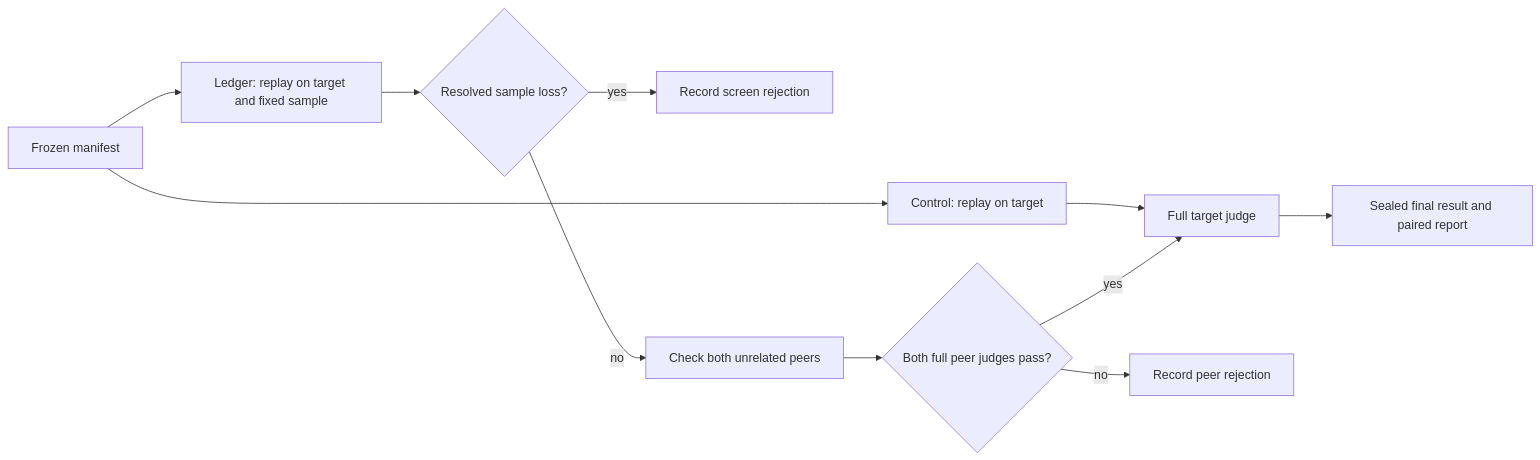
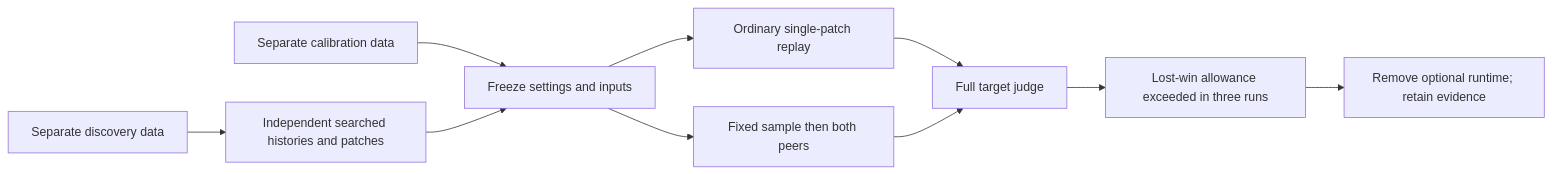
Before and after one commit to stSoftwareAU/NEAT-AI-Rebase: the diagram in docs/ledger-experiment.md, drawn with Mermaid. The commit also changed other lines of this file and 16 other files, not shown here.

````diff
--- a/docs/ledger-experiment.md
+++ b/docs/ledger-experiment.md
@@ -144,13 +37,12 @@
 ```mermaid
 flowchart LR
-    M[Frozen manifest] --> C[Control: replay on target]
-    M --> S[Ledger: replay on target and fixed sample]
-    C --> J[Full target judge]
-    S --> R{Resolved sample loss?}
-    R -- yes --> X[Record screen rejection]
-    R -- no --> P[Check both unrelated peers]
-    P --> G{Both full peer judges pass?}
-    G -- no --> Y[Record peer rejection]
-    G -- yes --> J
-    J --> L[Sealed final result and paired report]
+    D[Separate discovery data] --> H[Independent searched histories and patches]
+    C[Separate calibration data] --> F[Freeze settings and inputs]
+    H --> F
+    F --> O[Ordinary single-patch replay]
+    F --> S[Fixed sample then both peers]
+    O --> T[Full target judge]
+    S --> T
+    T --> R[Lost-win allowance exceeded in three runs]
+    R --> X[Remove optional runtime; retain evidence]
 ```
````
